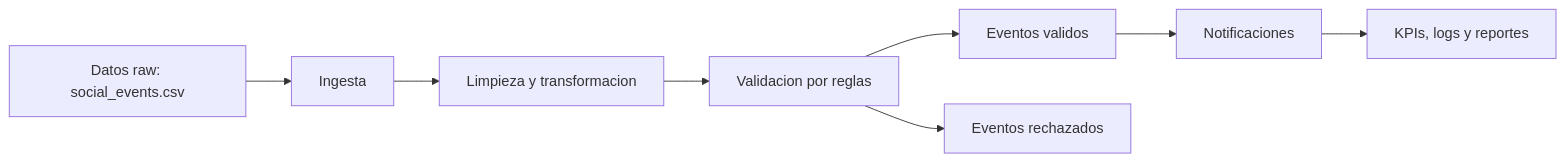
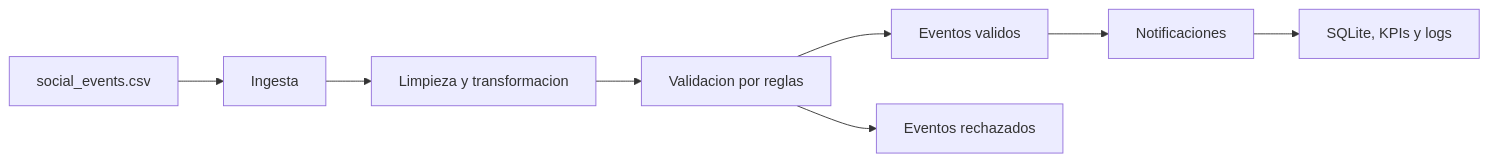
The first of 2 diagrams in README.md (vicentehueichapan/ProyecGEIA), drawn with Mermaid before and after one commit. The commit also changed other lines of this file and 53 other files, not shown here.

````diff
--- a/README.md
+++ b/README.md
@@ -51,10 +90,10 @@
 ```mermaid
 flowchart LR
-    A["Datos raw: social_events.csv"] --> B["Ingesta"]
+    A["social_events.csv"] --> B["Ingesta"]
     B --> C["Limpieza y transformacion"]
     C --> D["Validacion por reglas"]
     D --> E["Eventos validos"]
     D --> F["Eventos rechazados"]
     E --> G["Notificaciones"]
-    G --> H["KPIs, logs y reportes"]
+    G --> H["SQLite, KPIs y logs"]
 ```
````
